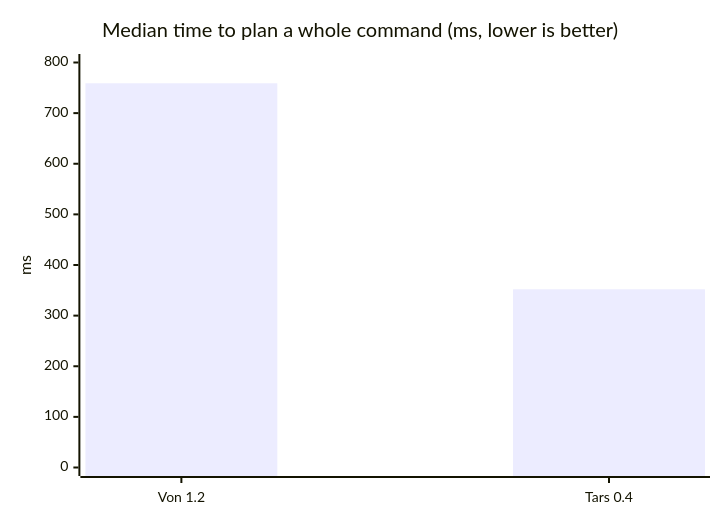
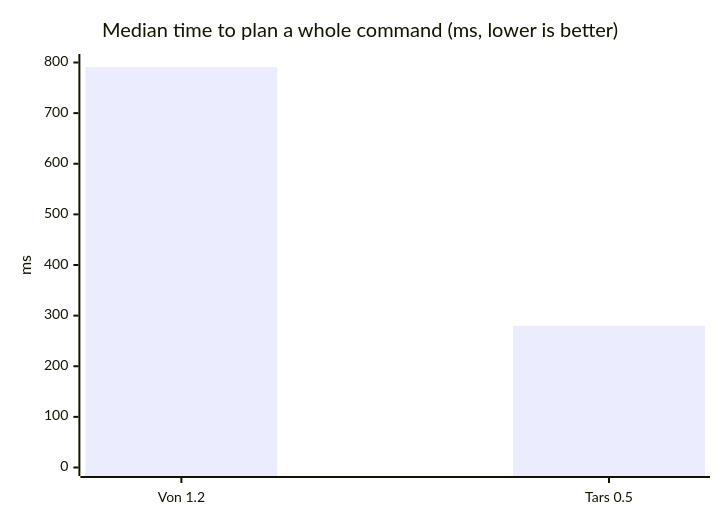
One commit to andrewneuwirth/Tars changed the third of 4 diagrams in README.md. Above: the diagram before and after it, drawn with Mermaid. The commit also changed other lines of this file and 10 other files, not shown here.

````diff
--- a/README.md
+++ b/README.md
@@ -86,7 +89,7 @@
 ```mermaid
 xychart-beta
     title "Median time to plan a whole command (ms, lower is better)"
-    x-axis ["Von 1.2", "Tars 0.4"]
+    x-axis ["Von 1.2", "Tars 0.5"]
     y-axis "ms" 0 --> 800
-    bar [759, 352]
+    bar [791, 280]
 ```
````
